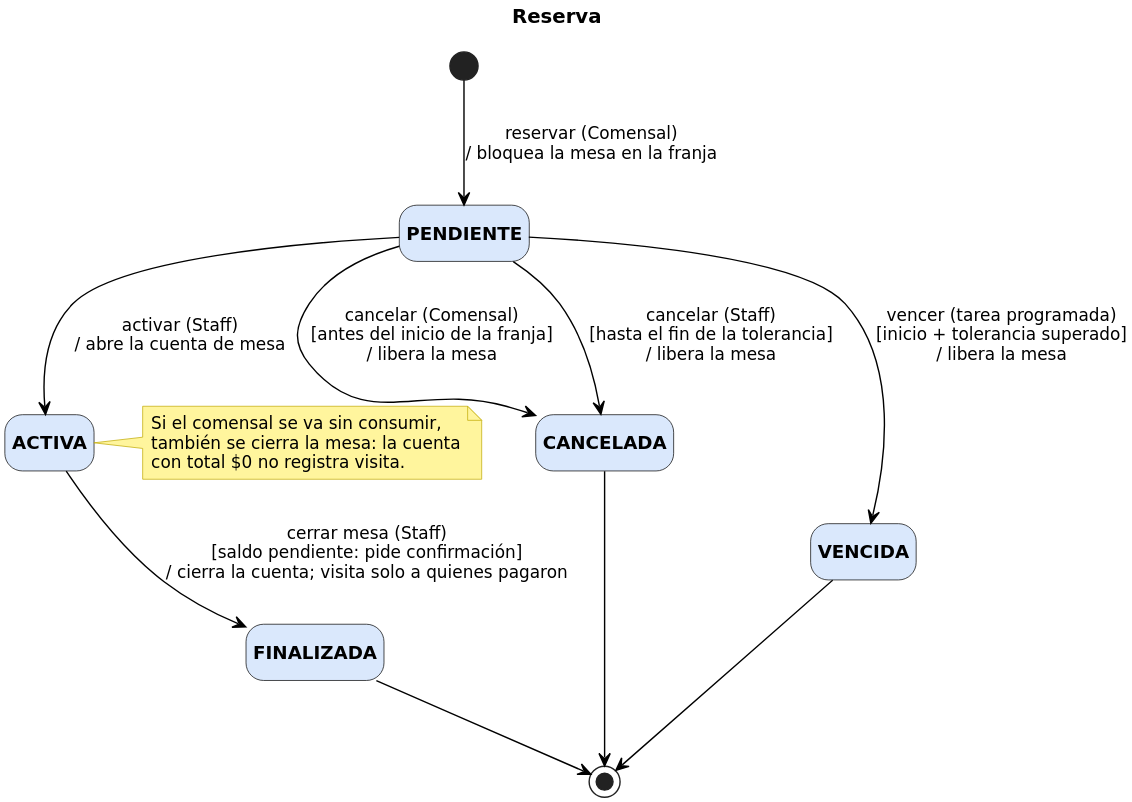
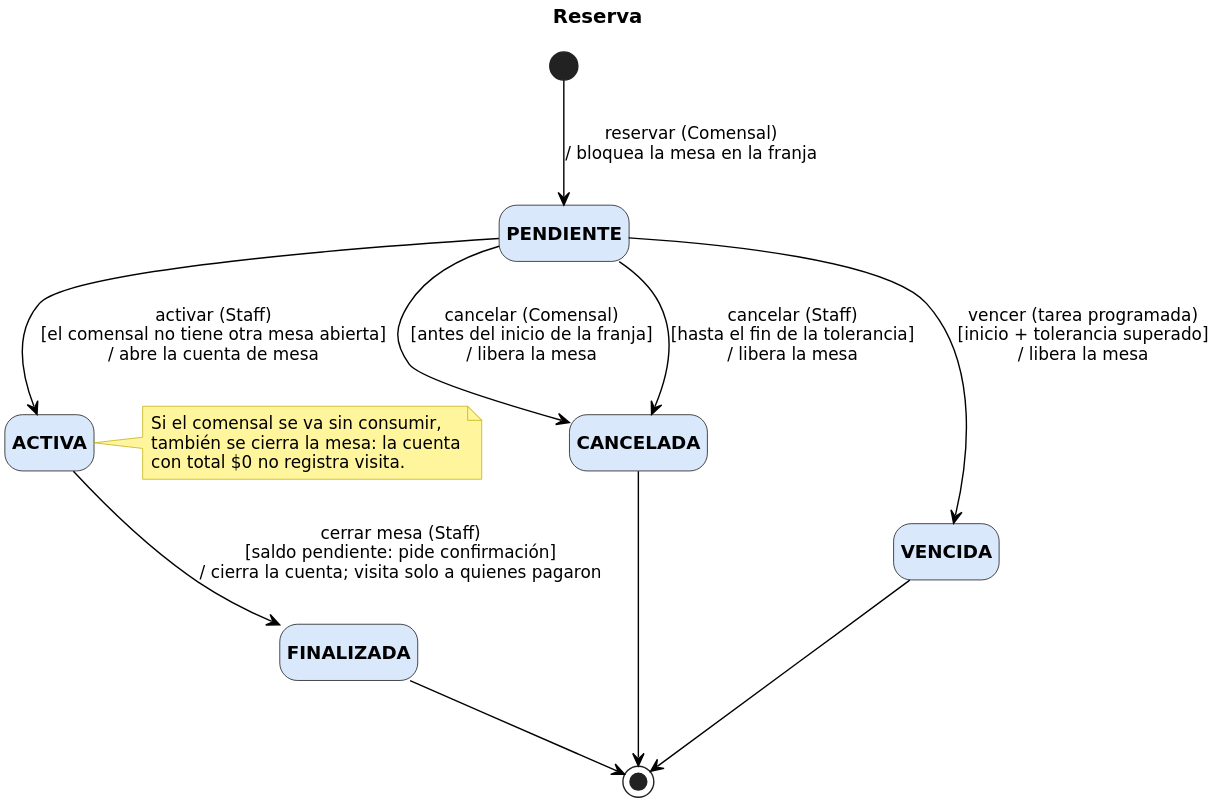
One commit to GabrielLigresti/TFG-PGIM changed the diagram in docs/modelos/estado/reserva/v1/estado-reserva-v1.puml. Above: the diagram before and after it, drawn with PlantUML. The commit also changed 14 other files, not shown here.

First line of the commit message:
Agregar el vencimiento del pago, una mesa abierta por comensal y el comprobante por sucursal en los modelos

```diff
--- a/docs/modelos/estado/reserva/v1/estado-reserva-v1.puml
+++ b/docs/modelos/estado/reserva/v1/estado-reserva-v1.puml
@@ -1,43 +1,43 @@
 @startuml estado-reserva-v1
 ' Diagrama de estado (UML). Paleta alineada con CU y secuencias formato Vialia.
 ' Transiciones: evento (quién) [condición] / efecto
 skinparam dpi 300
 skinparam defaultFontName DejaVu Sans
 skinparam defaultFontSize 12
 skinparam shadowing false
 skinparam ArrowColor #000000
 skinparam state {
   BackgroundColor #DAE8FC
   BorderColor #000000
   FontSize 13
   FontStyle bold
   StartColor #000000
   EndColor #000000
 }
 skinparam note {
   BackgroundColor #FFF59D
   BorderColor #BFA800
 }
 hide empty description
 title Reserva
 
 state PENDIENTE
 state ACTIVA
 state FINALIZADA
 state CANCELADA
 state VENCIDA
 [*] --> PENDIENTE : reservar (Comensal)\n/ bloquea la mesa en la franja
-PENDIENTE --> ACTIVA : activar (Staff)\n/ abre la cuenta de mesa
+PENDIENTE --> ACTIVA : activar (Staff)\n[el comensal no tiene otra mesa abierta]\n/ abre la cuenta de mesa
 PENDIENTE --> CANCELADA : cancelar (Comensal)\n[antes del inicio de la franja]\n/ libera la mesa
 PENDIENTE --> CANCELADA : cancelar (Staff)\n[hasta el fin de la tolerancia]\n/ libera la mesa
 PENDIENTE --> VENCIDA : vencer (tarea programada)\n[inicio + tolerancia superado]\n/ libera la mesa
 ACTIVA --> FINALIZADA : cerrar mesa (Staff)\n[saldo pendiente: pide confirmación]\n/ cierra la cuenta; visita solo a quienes pagaron
 FINALIZADA --> [*]
 CANCELADA --> [*]
 VENCIDA --> [*]
 note right of ACTIVA
   Si el comensal se va sin consumir,
   también se cierra la mesa: la cuenta
   con total $0 no registra visita.
 end note
 @enduml
```
